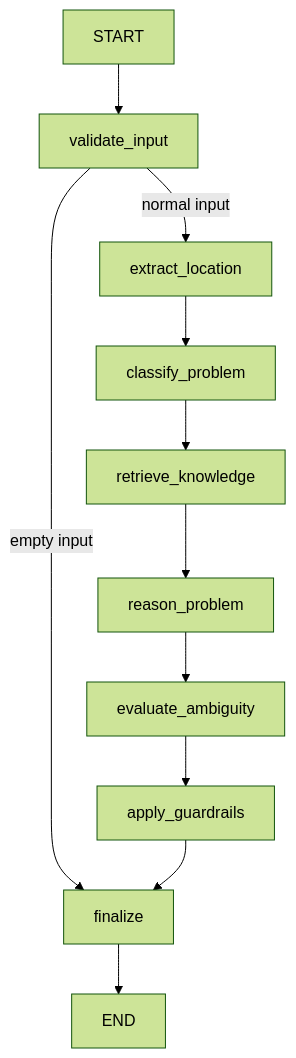
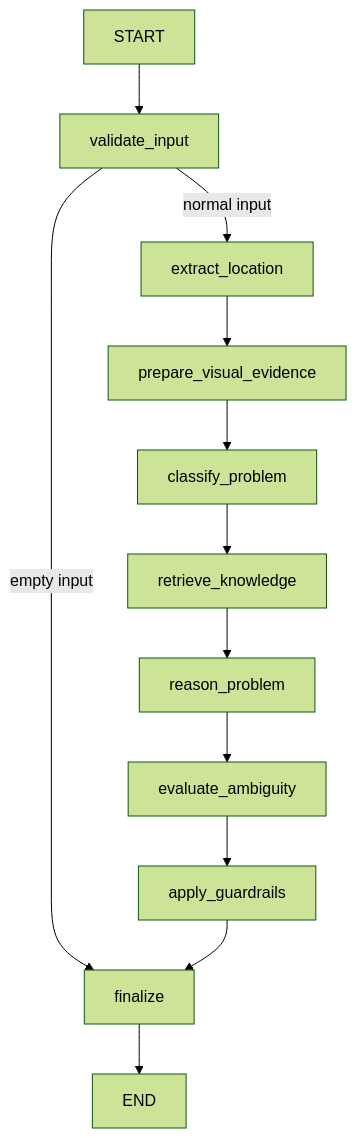
One commit to marshadmajeedh/AssistLK changed the diagram in agent-services/problem-understanding-agent/README.md. Above: the diagram before and after it, drawn with Mermaid (forest theme). The commit also changed other lines of this file and 30 other files, not shown here.

````diff
--- a/agent-services/problem-understanding-agent/README.md
+++ b/agent-services/problem-understanding-agent/README.md
@@ -20,13 +20,14 @@
 ```mermaid
 flowchart TD
     START --> validate_input
     validate_input -->|normal input| extract_location
     validate_input -->|empty input| finalize
-    extract_location --> classify_problem
+    extract_location --> prepare_visual_evidence
+    prepare_visual_evidence --> classify_problem
     classify_problem --> retrieve_knowledge
     retrieve_knowledge --> reason_problem
     reason_problem --> evaluate_ambiguity
     evaluate_ambiguity --> apply_guardrails
     apply_guardrails --> finalize
     finalize --> END
 ```
````
